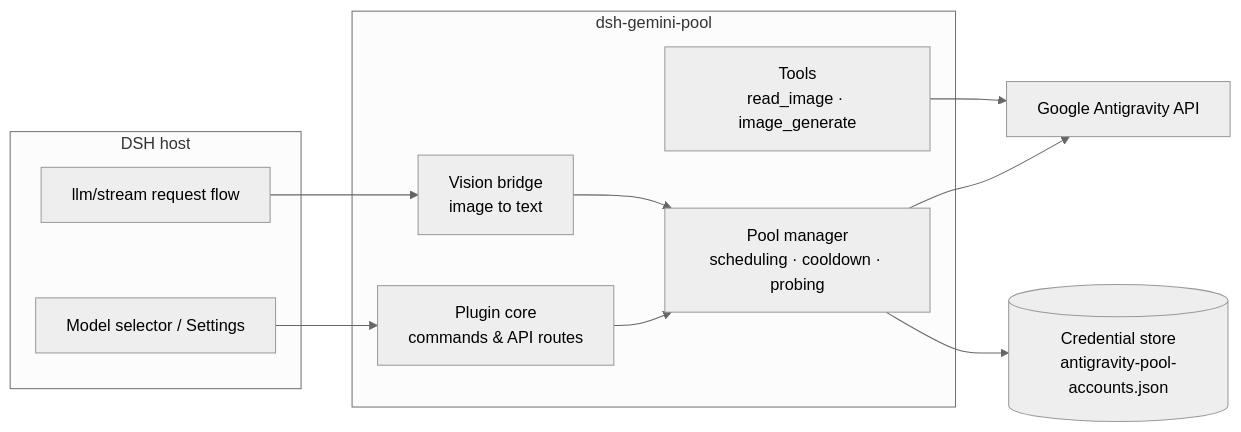
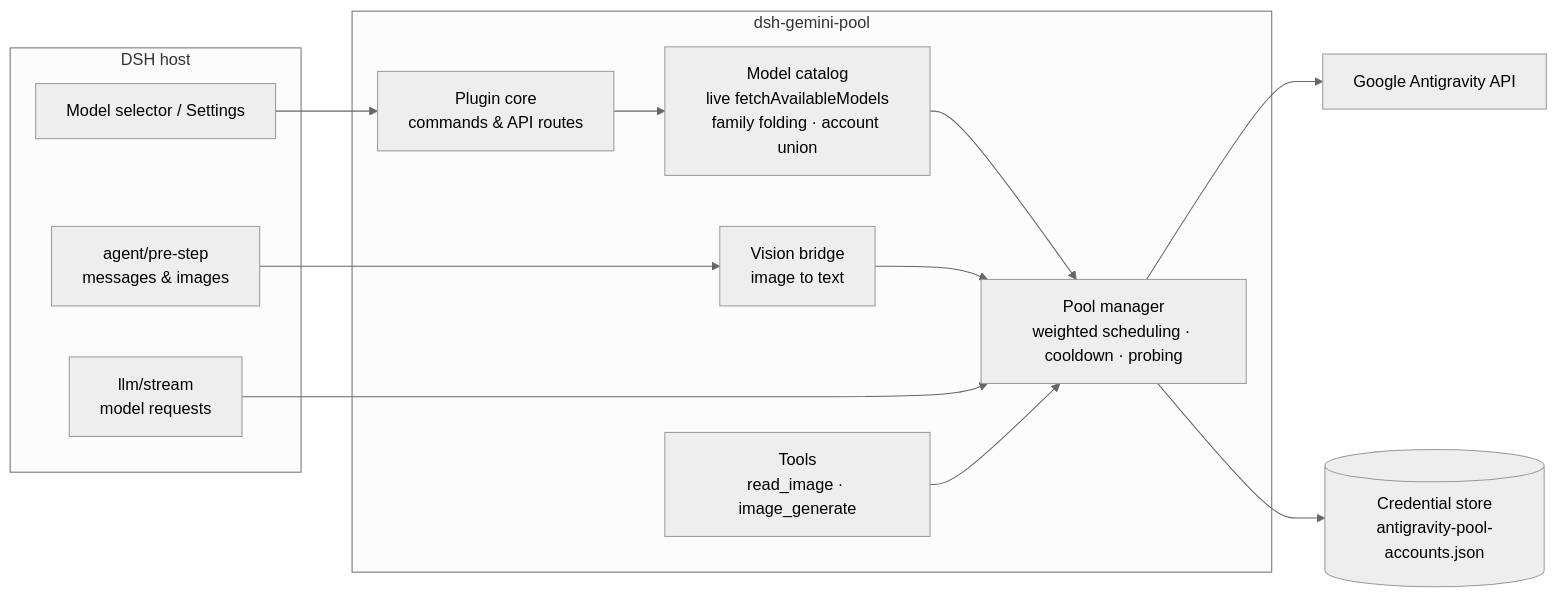
One commit to qikairo7/dsh-gemini-pool changed the diagram in README.en.md. Above: the diagram before and after it, drawn with Mermaid (neutral theme). The commit also changed other lines of this file and 3 other files, not shown here.

````diff
--- a/README.en.md
+++ b/README.en.md
@@ -222,22 +241,25 @@
 ```mermaid
 flowchart LR
   subgraph HOST["DSH host"]
-    LLM["llm/stream request flow"]
+    PRE["agent/pre-step<br/>messages & images"]
+    LLM["llm/stream<br/>model requests"]
     SEL["Model selector / Settings"]
   end
   subgraph PLUGIN["dsh-gemini-pool"]
     CORE["Plugin core<br/>commands & API routes"]
-    POOL["Pool manager<br/>scheduling · cooldown · probing"]
+    CATALOG["Model catalog<br/>live fetchAvailableModels<br/>family folding · account union"]
+    POOL["Pool manager<br/>weighted scheduling · cooldown · probing"]
     VB["Vision bridge<br/>image to text"]
     TOOLS["Tools<br/>read_image · image_generate"]
   end
   STORE[("Credential store<br/>antigravity-pool-accounts.json")]
   GOOGLE["Google Antigravity API"]
 
   SEL --> CORE
-  LLM --> VB --> POOL
-  CORE --> POOL
-  TOOLS --> GOOGLE
+  CORE --> CATALOG --> POOL
+  PRE --> VB --> POOL
+  LLM --> POOL
+  TOOLS --> POOL
   POOL --> GOOGLE
   POOL --> STORE
 ```
````
